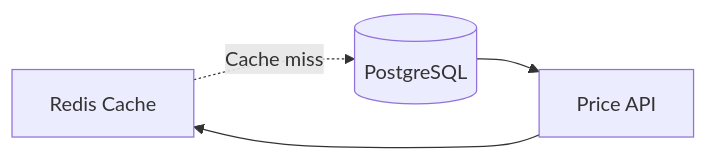
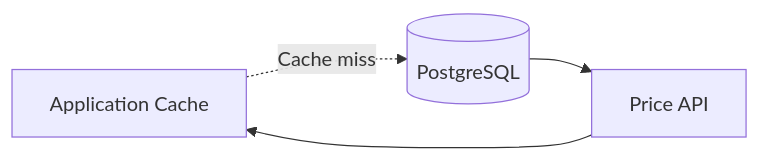
The fifth of 6 diagrams in docs/JUNIOR_DEVELOPER_GUIDE.md (JoelBright/crypto-price-api), drawn with Mermaid before and after one commit. The commit also changed other lines of this file and 6 other files, not shown here.

````diff
--- a/docs/JUNIOR_DEVELOPER_GUIDE.md
+++ b/docs/JUNIOR_DEVELOPER_GUIDE.md
@@ -680,10 +674,10 @@
 ```mermaid
 flowchart LR
-    Cache[Redis Cache]
+    Cache[Application Cache]
     Database[(PostgreSQL)]
     API[Price API]
 
     API --> Cache
     Cache -. Cache miss .-> Database
     Database --> API
 ```
````
